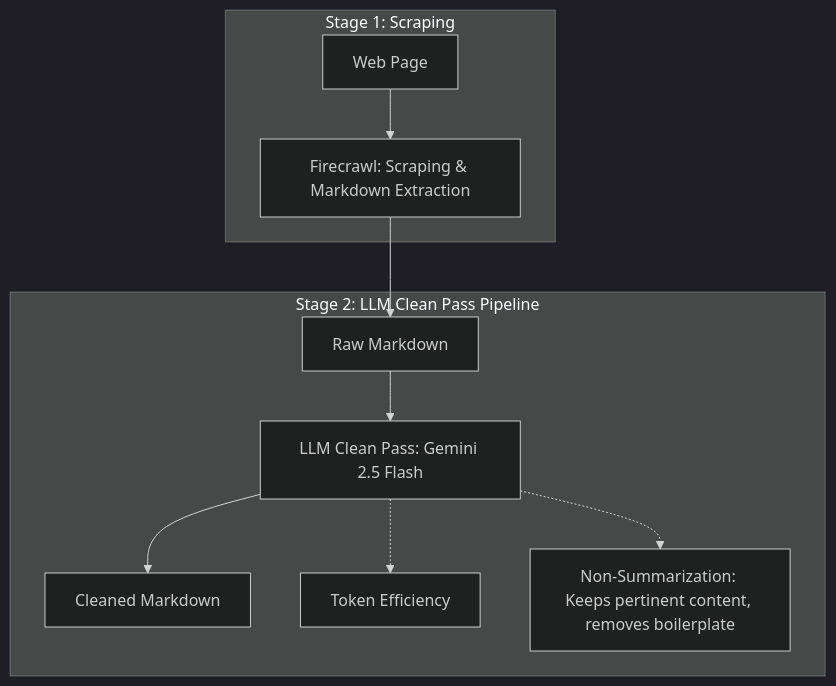
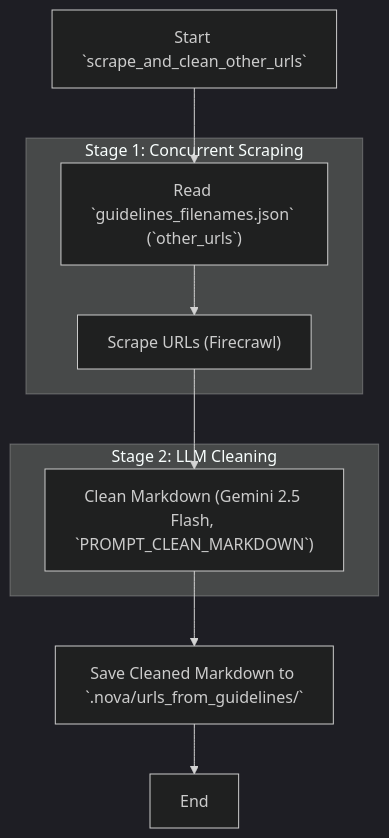
The fourth of 8 diagrams in lessons/17_data_ingestion/article.md (shoaibkhanz/agentic-ai-engineering-course), drawn with Mermaid (dark theme) before and after one commit. The commit also changed other lines of this file and 8 other files, not shown here.

````diff
--- a/lessons/17_data_ingestion/article.md
+++ b/lessons/17_data_ingestion/article.md
@@ -149,20 +363,15 @@
 ```mermaid
 graph TD
-    subgraph "Stage 1: Scraping"
-        A["Web Page"] --> B["Firecrawl: Scraping & Markdown Extraction"]
+    A["Start `scrape_and_clean_other_urls`"] --> B["Read `guidelines_filenames.json` (`other_urls`)"]
+
+    subgraph "Stage 1: Concurrent Scraping"
+        B --> C["Scrape URLs (Firecrawl)"]
     end
 
-    subgraph "Stage 2: LLM Clean Pass Pipeline"
-        C["Raw Markdown"]
-        D["LLM Clean Pass: Gemini 2.5 Flash"]
-        E["Cleaned Markdown"]
-
-        C --> D
-        D --> E
-
-        D -.-> F["Token Efficiency"]
-        D -.-> G["Non-Summarization: Keeps pertinent content, removes boilerplate"]
+    subgraph "Stage 2: LLM Cleaning"
+        C --> D["Clean Markdown (Gemini 2.5 Flash, `PROMPT_CLEAN_MARKDOWN`)"]
     end
 
-    B --> C
+    D --> E["Save Cleaned Markdown to `.nova/urls_from_guidelines/`"]
+    E --> F["End"]
 ```
````
